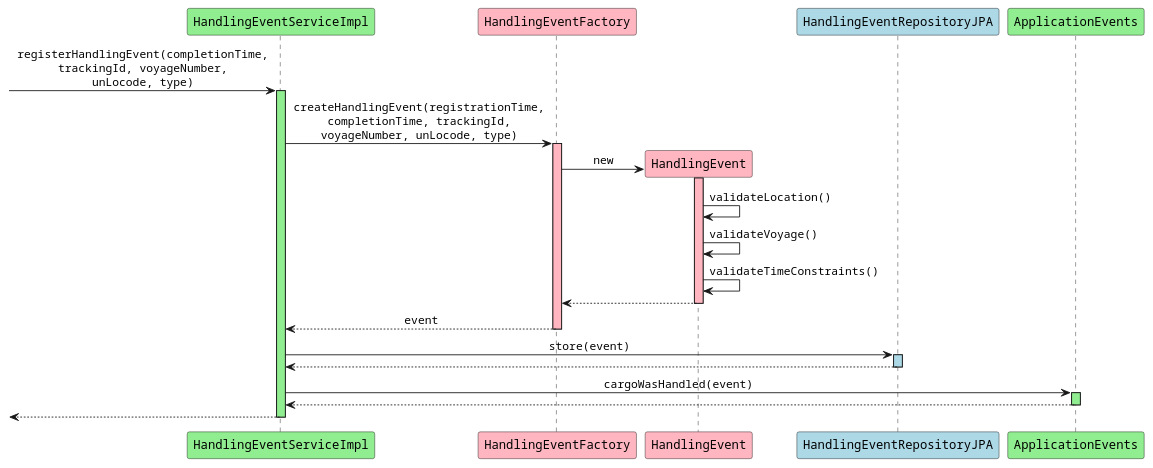
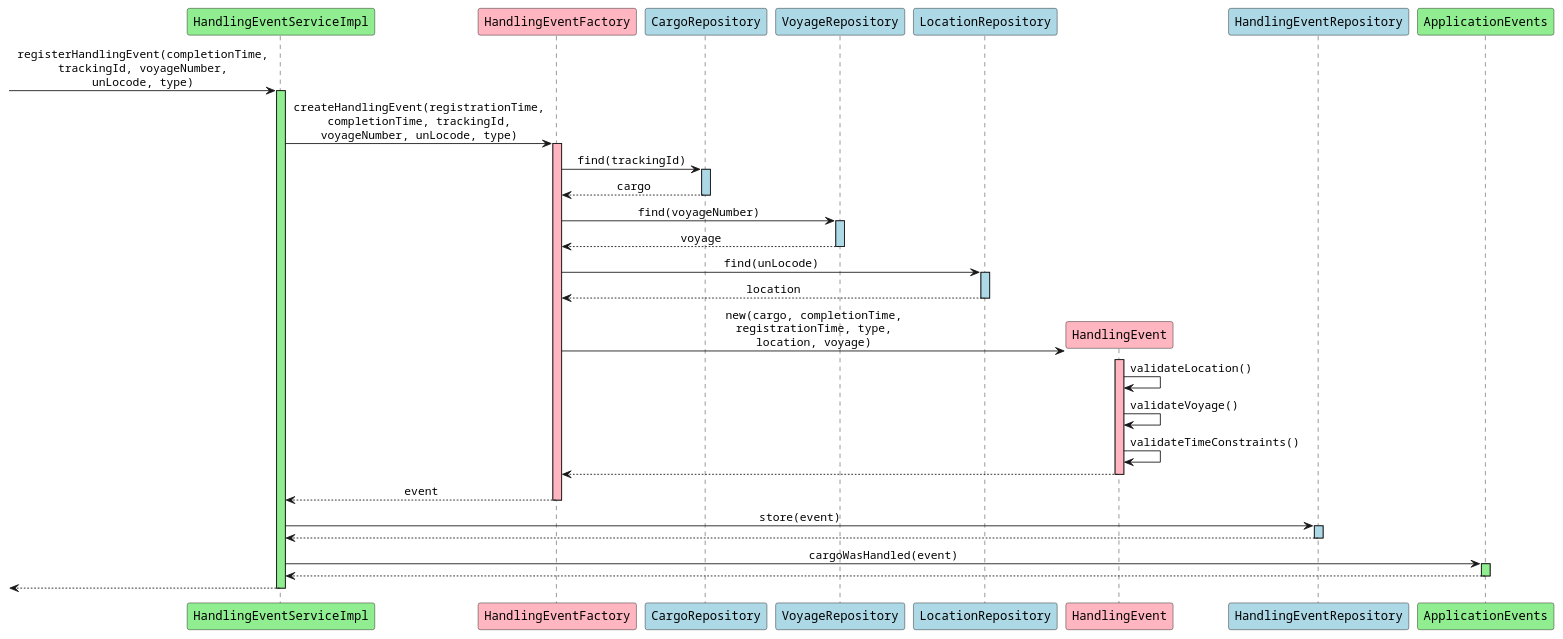
One commit to aowss/dddsample-core changed the diagram in diagrams/HandlingEventServiceImpl_registerHandlingEvent.puml. Above: the diagram before and after it, drawn with PlantUML. The commit also changed 477 other files, not shown here.

```diff
--- a/diagrams/HandlingEventServiceImpl_registerHandlingEvent.puml
+++ b/diagrams/HandlingEventServiceImpl_registerHandlingEvent.puml
@@ -1,43 +1,62 @@
 @startuml
 skinparam monochrome false
 skinparam defaultFontName Courier
 skinparam sequenceMessageAlign center
 
 participant "HandlingEventServiceImpl" as hes #lightgreen
 participant "HandlingEventFactory" as hef #lightpink
+participant "CargoRepository" as cr #lightblue
+participant "VoyageRepository" as vr #lightblue
+participant "LocationRepository" as lr #lightblue
 participant "HandlingEvent" as he #lightpink
-participant "HandlingEventRepositoryJPA" as her #lightblue
+participant "HandlingEventRepository" as her #lightblue
 participant "ApplicationEvents" as ae #lightgreen
 
 [-> hes: registerHandlingEvent(completionTime,\ntrackingId, voyageNumber,\nunLocode, type)
 activate hes #lightgreen
 
 hes -> hef: createHandlingEvent(registrationTime,\ncompletionTime, trackingId,\nvoyageNumber, unLocode, type)
 activate hef #lightpink
+
+hef -> cr: find(trackingId)
+activate cr #lightblue
+cr --> hef: cargo
+deactivate cr
+
+hef -> vr: find(voyageNumber)
+activate vr #lightblue
+vr --> hef: voyage
+deactivate vr
+
+hef -> lr: find(unLocode)
+activate lr #lightblue
+lr --> hef: location
+deactivate lr
+
 create he
-hef -> he: new
+hef -> he: new(cargo, completionTime,\nregistrationTime, type,\nlocation, voyage)
 activate he #lightpink
 
 he -> he: validateLocation()
 he -> he: validateVoyage()
 he -> he: validateTimeConstraints()
 
 he --> hef
 deactivate he
 hef --> hes: event
 deactivate hef
 
 hes -> her: store(event)
 activate her #lightblue
 her --> hes
 deactivate her
 
 hes -> ae: cargoWasHandled(event)
 activate ae #lightgreen
 ae --> hes
 deactivate ae
 
 [<-- hes
 deactivate hes
 
 @enduml 
```
